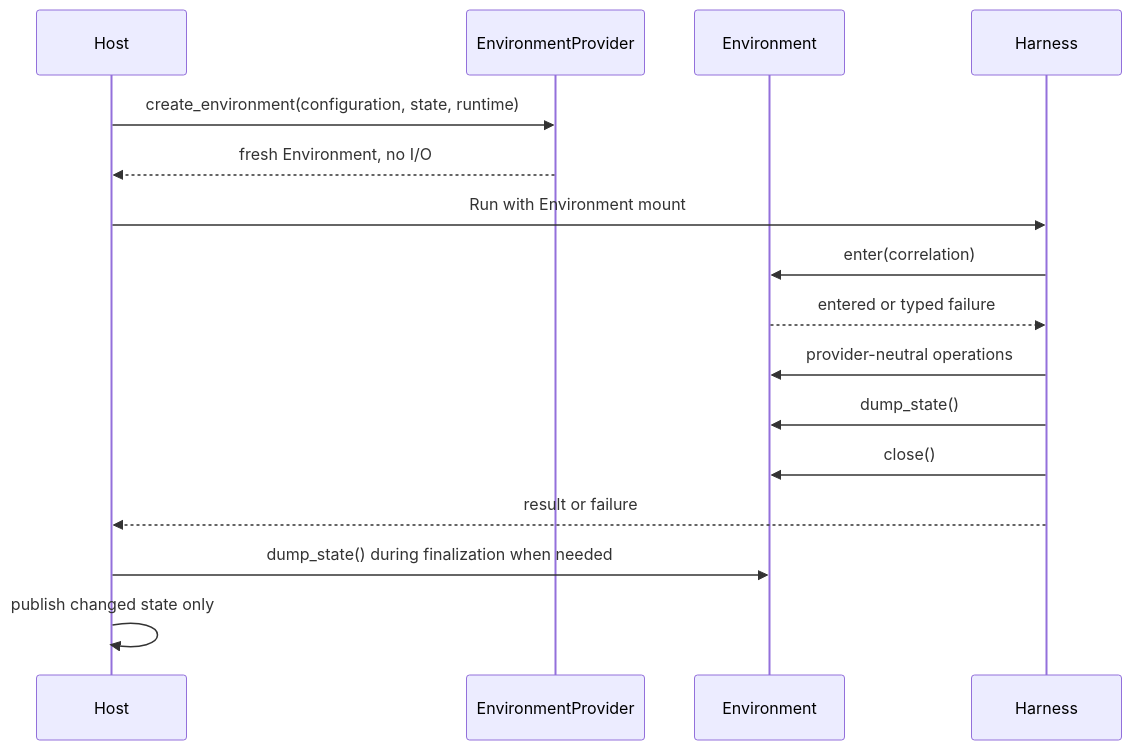
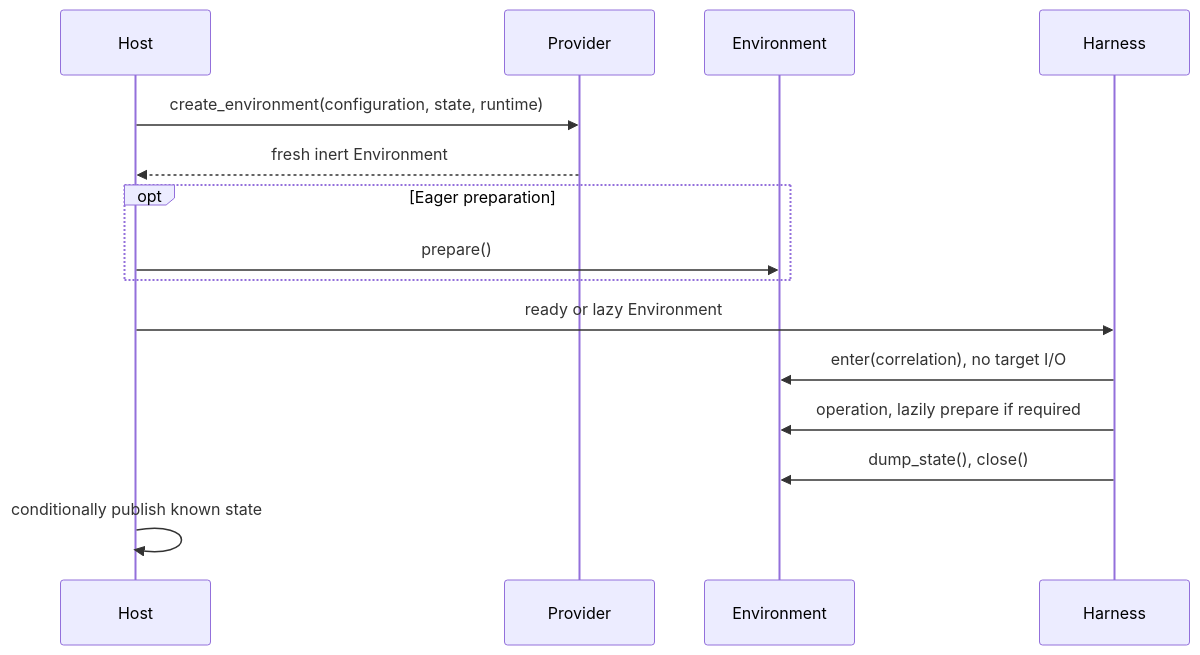
One commit to LTThreeComma/agent-foundation changed the second of 3 diagrams in spec/agent-environment-provider/00-overview.md. Above: the diagram before and after it, drawn with Mermaid. The commit also changed other lines of this file and 33 other files, not shown here.

````diff
--- a/spec/agent-environment-provider/00-overview.md
+++ b/spec/agent-environment-provider/00-overview.md
@@ -79,19 +76,17 @@
 ```mermaid
 sequenceDiagram
     participant Host
-    participant Provider as EnvironmentProvider
+    participant Provider
     participant Environment
     participant Harness
-
     Host->>Provider: create_environment(configuration, state, runtime)
-    Provider-->>Host: fresh Environment, no I/O
-    Host->>Harness: Run with Environment mount
-    Harness->>Environment: enter(correlation)
-    Environment-->>Harness: entered or typed failure
-    Harness->>Environment: provider-neutral operations
-    Harness->>Environment: dump_state()
-    Harness->>Environment: close()
-    Harness-->>Host: result or failure
-    Host->>Environment: dump_state() during finalization when needed
-    Host->>Host: publish changed state only
+    Provider-->>Host: fresh inert Environment
+    opt Eager preparation
+        Host->>Environment: prepare()
+    end
+    Host->>Harness: ready or lazy Environment
+    Harness->>Environment: enter(correlation), no target I/O
+    Harness->>Environment: operation, lazily prepare if required
+    Harness->>Environment: dump_state(), close()
+    Host->>Host: conditionally publish known state
 ```
````
